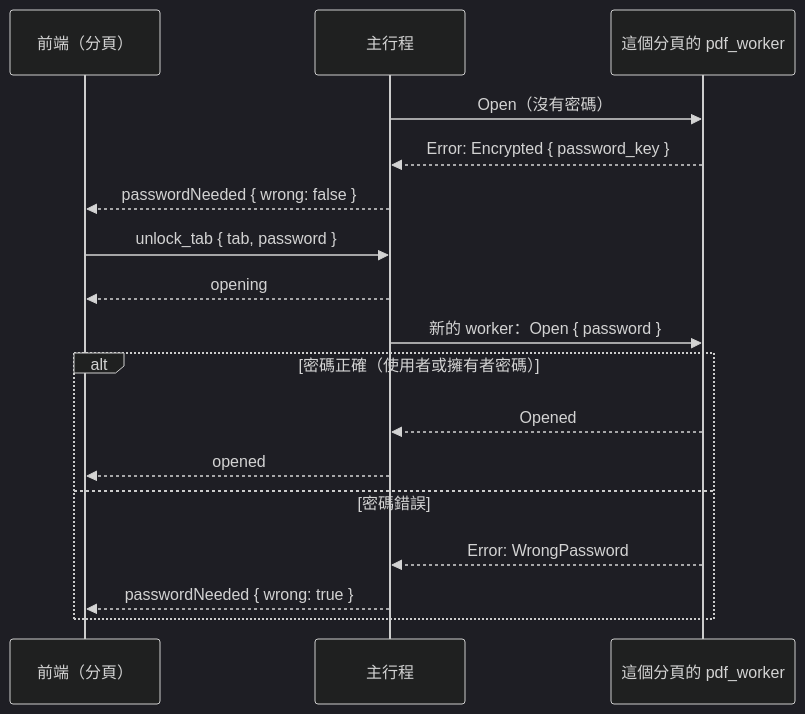
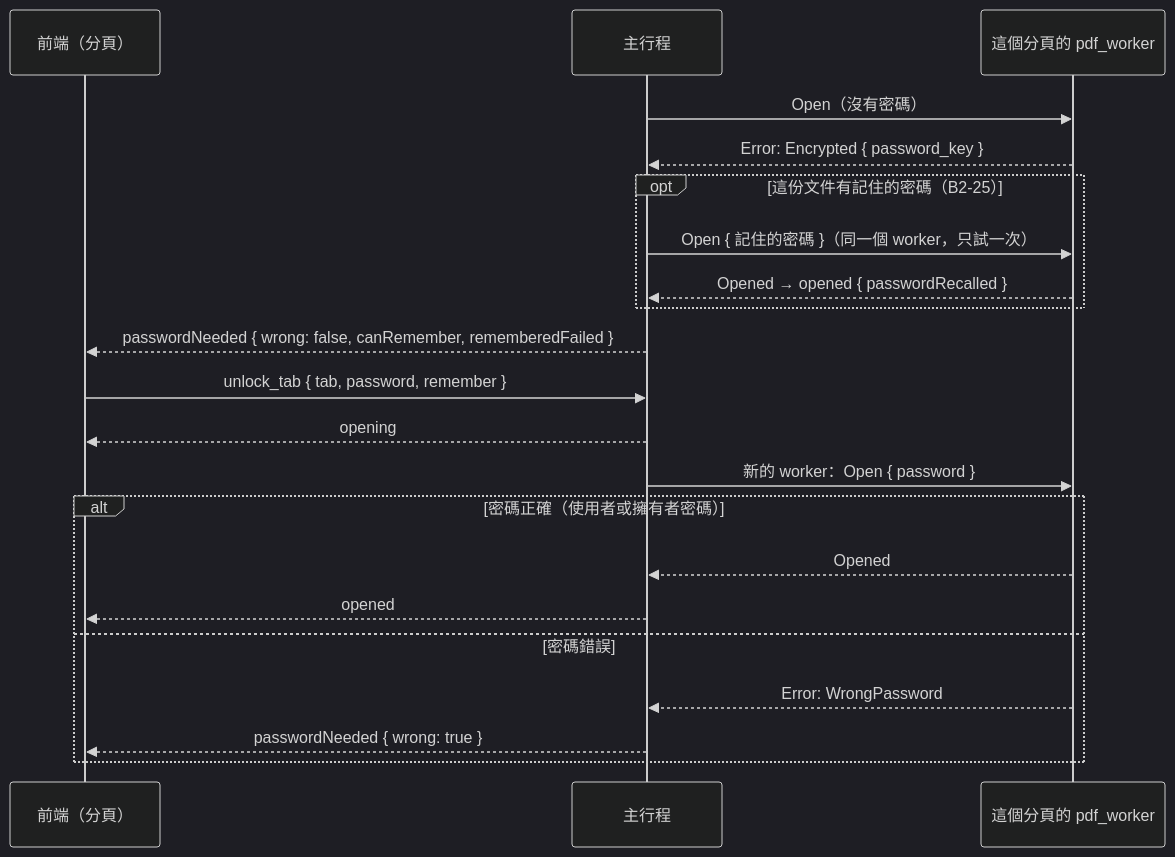
The diagram in docs/architecture/encryption.md (winner0988/Pdf-reader), drawn with Mermaid (dark theme) before and after one commit. The commit also changed other lines of this file and 23 other files, not shown here.

````diff
--- a/docs/architecture/encryption.md
+++ b/docs/architecture/encryption.md
@@ -7,19 +7,23 @@
 ```mermaid
 sequenceDiagram
   participant F as 前端（分頁）
   participant M as 主行程
   participant W as 這個分頁的 pdf_worker
   M->>W: Open（沒有密碼）
   W-->>M: Error: Encrypted { password_key }
-  M-->>F: passwordNeeded { wrong: false }
-  F->>M: unlock_tab { tab, password }
+  opt 這份文件有記住的密碼（B2-25）
+    M->>W: Open { 記住的密碼 }（同一個 worker，只試一次）
+    W-->>M: Opened → opened { passwordRecalled }
+  end
+  M-->>F: passwordNeeded { wrong: false, canRemember, rememberedFailed }
+  F->>M: unlock_tab { tab, password, remember }
   M-->>F: opening
   M->>W: 新的 worker：Open { password }
   alt 密碼正確（使用者或擁有者密碼）
     W-->>M: Opened
     M-->>F: opened
   else 密碼錯誤
     W-->>M: Error: WrongPassword
     M-->>F: passwordNeeded { wrong: true }
   end
 ```
````
